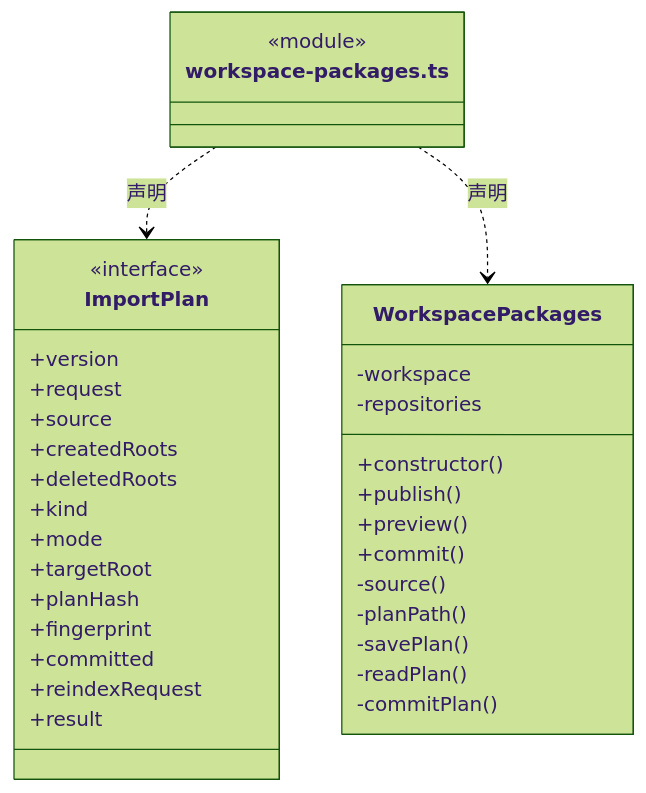
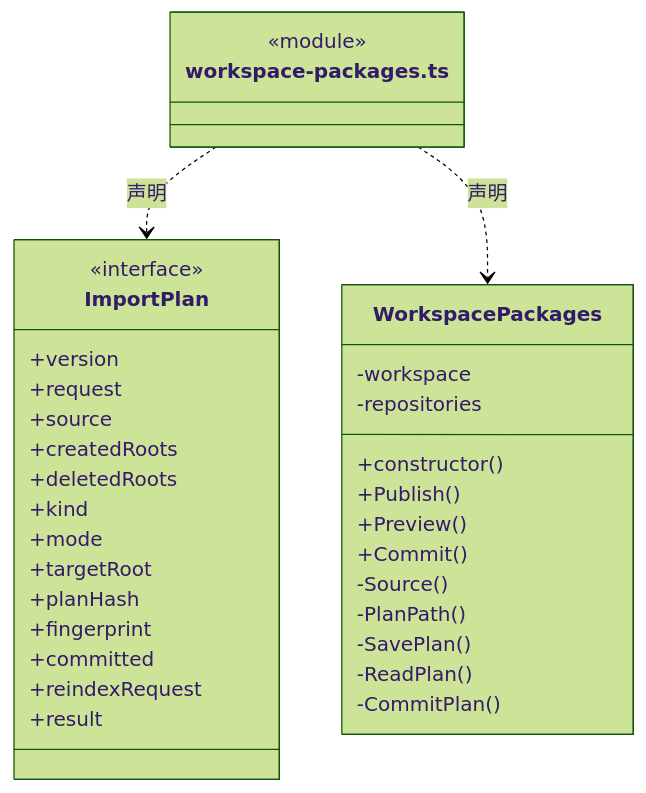
The second of 3 diagrams in src/logic/resources/packages/ARCHITECTURE.md (nan023062/cbim), drawn with Mermaid (forest theme) before and after one commit. The commit also changed other lines of this file and 1035 other files, not shown here.

````diff
--- a/src/logic/resources/packages/ARCHITECTURE.md
+++ b/src/logic/resources/packages/ARCHITECTURE.md
@@ -54,37 +54,37 @@
 ```mermaid
 classDiagram
 class N_src_logic_resources_packages_workspace_packages_ts["workspace-packages.ts"] {
   <<module>>
 }
 class N_src_logic_resources_packages_workspace_packages_ts_ImportPlan["ImportPlan"] {
   <<interface>>
   +version
   +request
   +source
   +createdRoots
   +deletedRoots
   +kind
   +mode
   +targetRoot
   +planHash
   +fingerprint
   +committed
   +reindexRequest
   +result
 }
 N_src_logic_resources_packages_workspace_packages_ts ..> N_src_logic_resources_packages_workspace_packages_ts_ImportPlan : 声明
 class N_src_logic_resources_packages_workspace_packages_ts_WorkspacePackages["WorkspacePackages"] {
   +constructor()
-  +publish()
-  +preview()
-  +commit()
+  +Publish()
+  +Preview()
+  +Commit()
   -workspace
   -repositories
-  -source()
-  -planPath()
-  -savePlan()
-  -readPlan()
-  -commitPlan()
+  -Source()
+  -PlanPath()
+  -SavePlan()
+  -ReadPlan()
+  -CommitPlan()
 }
 N_src_logic_resources_packages_workspace_packages_ts ..> N_src_logic_resources_packages_workspace_packages_ts_WorkspacePackages : 声明
 ```
````
